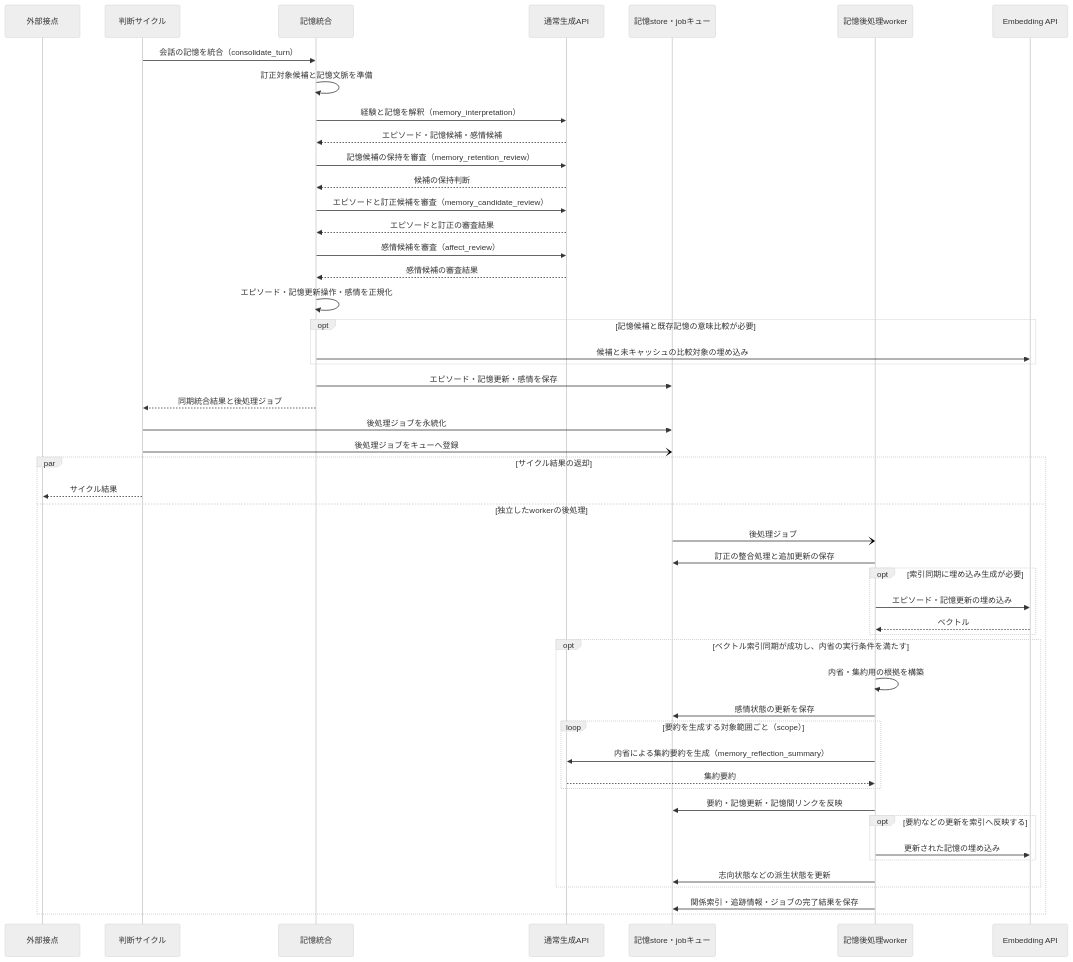
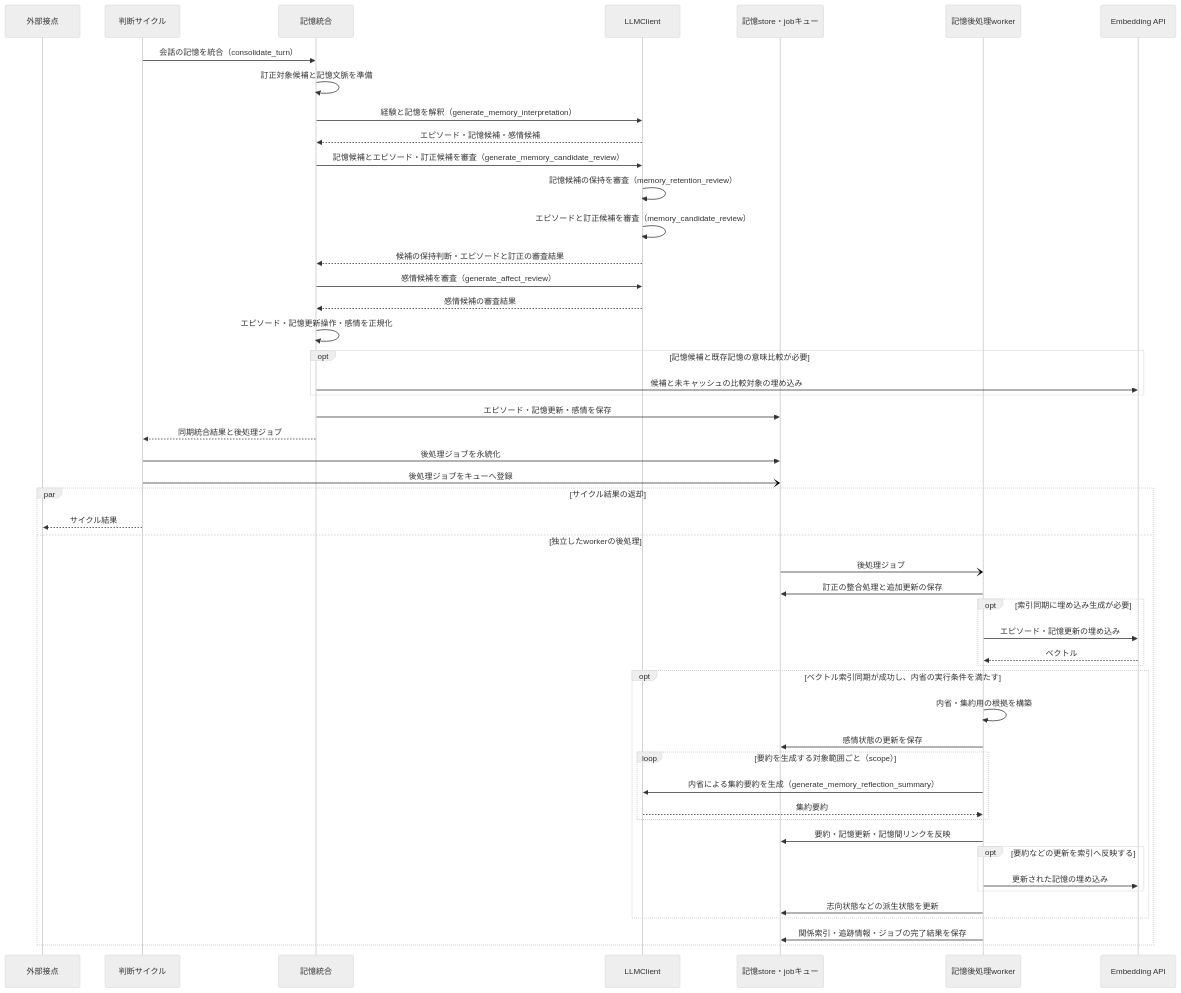
Before and after one commit to hirona98/OtomeKairo: the fifth of 6 diagrams in docs/design/llm/LLM呼び出しシーケンス.md, drawn with Mermaid (neutral theme). The commit also changed other lines of this file, not shown here.

Commit message:
シーケンス図の通常生成APIをLLMClientへ統合

````diff
--- a/docs/design/llm/LLM呼び出しシーケンス.md
+++ b/docs/design/llm/LLM呼び出しシーケンス.md
@@ -352,53 +335,53 @@
 ```mermaid
 sequenceDiagram
     participant U as 外部接点
     participant C as 判断サイクル
     participant M as 記憶統合
-    participant G as 通常生成API
+    participant L as LLMClient
     participant S as 記憶store・jobキュー
     participant W as 記憶後処理worker
     participant E as Embedding API
 
     C->>M: 会話の記憶を統合（consolidate_turn）
     M->>M: 訂正対象候補と記憶文脈を準備
-    M->>G: 経験と記憶を解釈（memory_interpretation）
-    G-->>M: エピソード・記憶候補・感情候補
-    M->>G: 記憶候補の保持を審査（memory_retention_review）
-    G-->>M: 候補の保持判断
-    M->>G: エピソードと訂正候補を審査（memory_candidate_review）
-    G-->>M: エピソードと訂正の審査結果
-    M->>G: 感情候補を審査（affect_review）
-    G-->>M: 感情候補の審査結果
+    M->>L: 経験と記憶を解釈（generate_memory_interpretation）
+    L-->>M: エピソード・記憶候補・感情候補
+    M->>L: 記憶候補とエピソード・訂正候補を審査（generate_memory_candidate_review）
+    L->>L: 記憶候補の保持を審査（memory_retention_review）
+    L->>L: エピソードと訂正候補を審査（memory_candidate_review）
+    L-->>M: 候補の保持判断・エピソードと訂正の審査結果
+    M->>L: 感情候補を審査（generate_affect_review）
+    L-->>M: 感情候補の審査結果
     M->>M: エピソード・記憶更新操作・感情を正規化
     opt 記憶候補と既存記憶の意味比較が必要
         M->>E: 候補と未キャッシュの比較対象の埋め込み
     end
     M->>S: エピソード・記憶更新・感情を保存
     M-->>C: 同期統合結果と後処理ジョブ
     C->>S: 後処理ジョブを永続化
     C-)S: 後処理ジョブをキューへ登録
     par サイクル結果の返却
         C-->>U: サイクル結果
     and 独立したworkerの後処理
         S-)W: 後処理ジョブ
         W->>S: 訂正の整合処理と追加更新の保存
         opt 索引同期に埋め込み生成が必要
             W->>E: エピソード・記憶更新の埋め込み
             E-->>W: ベクトル
         end
         opt ベクトル索引同期が成功し、内省の実行条件を満たす
             W->>W: 内省・集約用の根拠を構築
             W->>S: 感情状態の更新を保存
             loop 要約を生成する対象範囲ごと（scope）
-                W->>G: 内省による集約要約を生成（memory_reflection_summary）
-                G-->>W: 集約要約
+                W->>L: 内省による集約要約を生成（generate_memory_reflection_summary）
+                L-->>W: 集約要約
             end
             W->>S: 要約・記憶更新・記憶間リンクを反映
             opt 要約などの更新を索引へ反映する
                 W->>E: 更新された記憶の埋め込み
             end
             W->>S: 志向状態などの派生状態を更新
         end
         W->>S: 関係索引・追跡情報・ジョブの完了結果を保存
     end
 ```
````
